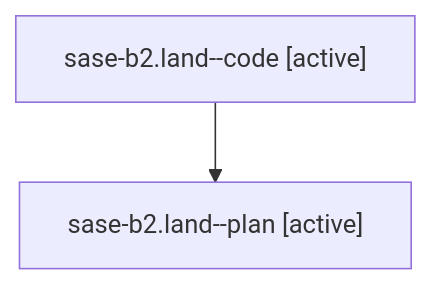
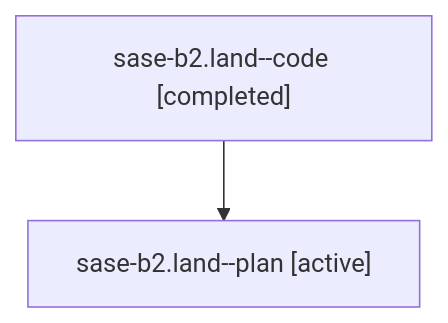
Before and after one commit to sase-org/sase--agents: the diagram in families/bbugyi200.athena.sase-b2.land.md, drawn with Mermaid. The commit also changed other lines of this file and 5813 other files, not shown here.

````diff
--- a/families/bbugyi200.athena.sase-b2.land.md
+++ b/families/bbugyi200.athena.sase-b2.land.md
@@ -9,6 +9,6 @@
 ```mermaid
 flowchart TD
-  n0["sase-b2.land--code [active]"]
+  n0["sase-b2.land--code [completed]"]
   n1["sase-b2.land--plan [active]"]
   n0 --> n1
 ```
````
